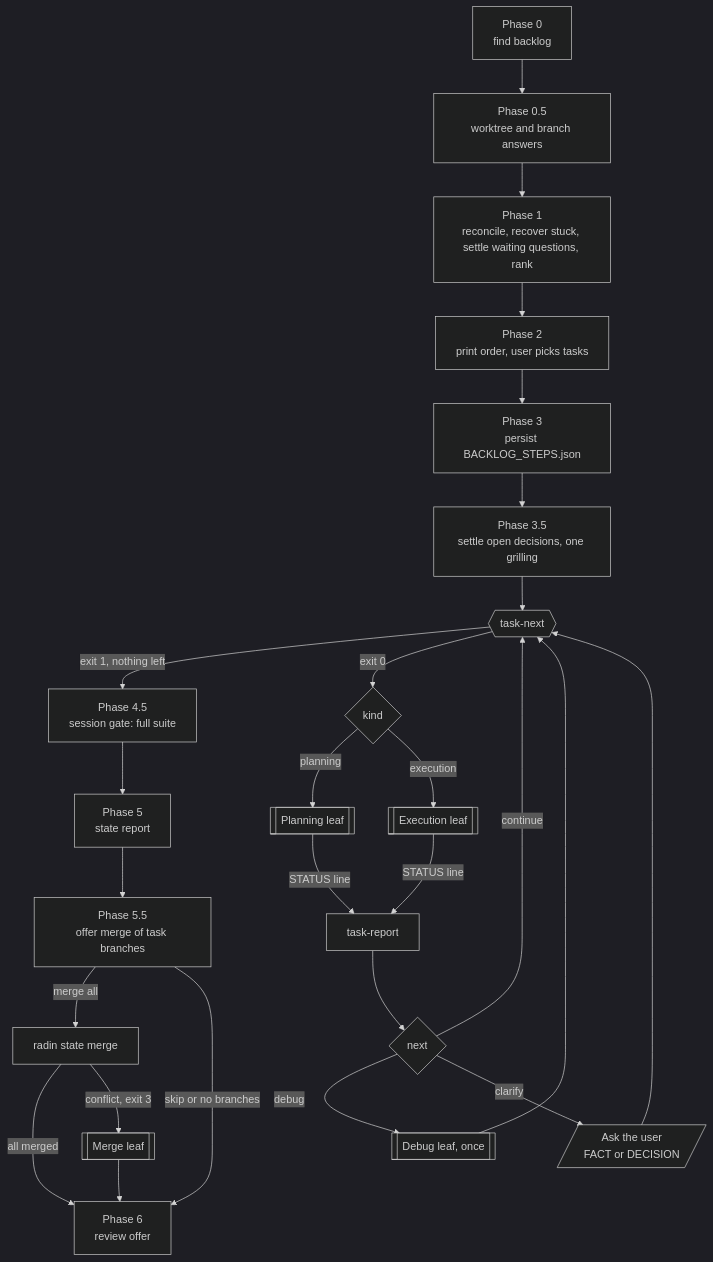
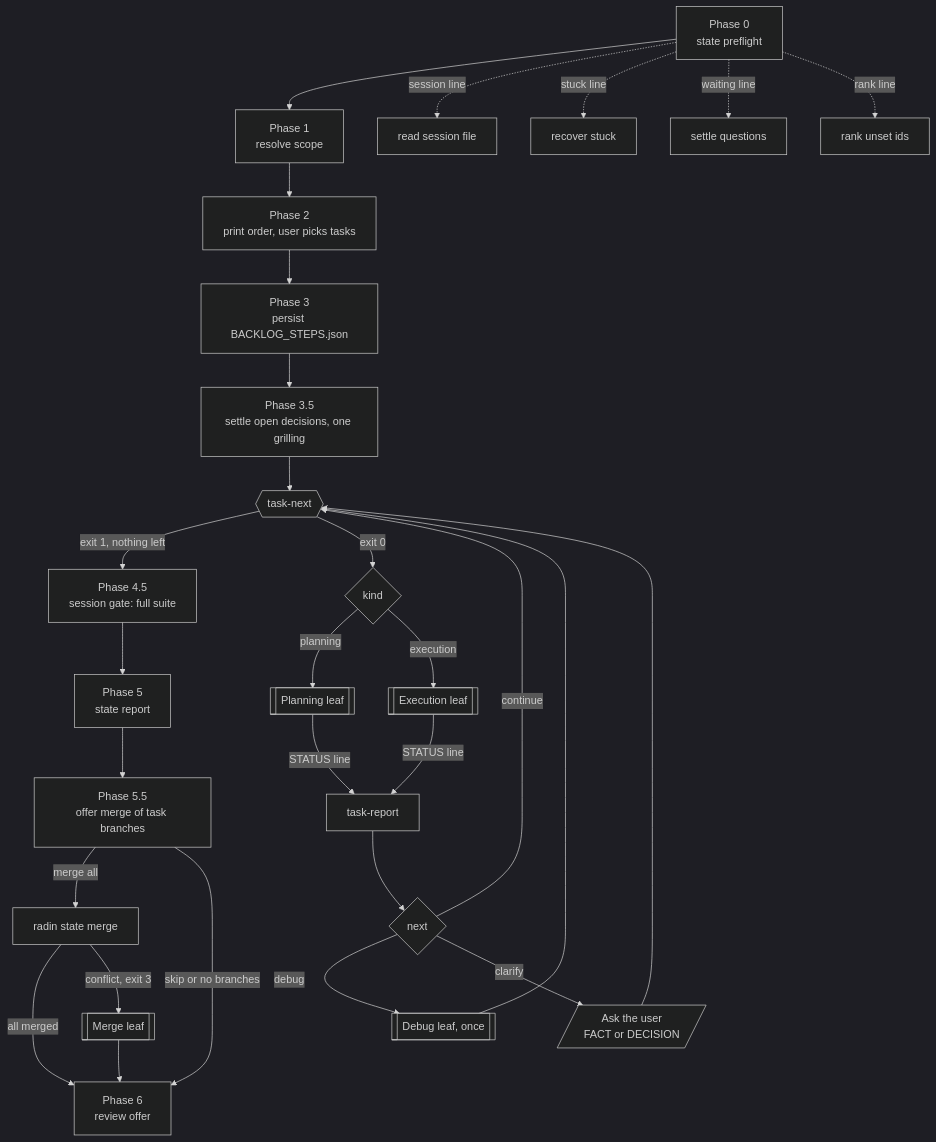
One commit to shortcuts/radin changed the diagram in docs/lifecycle/router-loop.mmd. Above: the diagram before and after it, drawn with Mermaid (dark theme). The commit also changed 9 other files, not shown here.

```diff
--- a/docs/lifecycle/router-loop.mmd
+++ b/docs/lifecycle/router-loop.mmd
@@ -1,26 +1,29 @@
 flowchart TD
-  p0[Phase 0<br/>find backlog] --> p05[Phase 0.5<br/>worktree and branch answers]
-  p05 --> p1[Phase 1<br/>reconcile, recover stuck, settle waiting questions, rank]
+  p0[Phase 0<br/>state preflight] --> p1[Phase 1<br/>resolve scope]
+  p0 -. session line .-> note1[read session file]
+  p0 -. stuck line .-> note2[recover stuck]
+  p0 -. waiting line .-> note3[settle questions]
+  p0 -. rank line .-> note4[rank unset ids]
   p1 --> p2[Phase 2<br/>print order, user picks tasks]
   p2 --> p3[Phase 3<br/>persist BACKLOG_STEPS.json]
   p3 --> p35[Phase 3.5<br/>settle open decisions, one grilling]
   p35 --> next{{task-next}}
   next -- exit 1, nothing left --> p45[Phase 4.5<br/>session gate: full suite]
   next -- exit 0 --> kind{kind}
   kind -- planning --> leafP[[Planning leaf]]
   kind -- execution --> leafE[[Execution leaf]]
   leafE -- STATUS line --> report[task-report]
   leafP -- STATUS line --> report
   report --> route{next}
   route -- continue --> next
   route -- debug --> debug[[Debug leaf, once]]
   debug --> next
   route -- clarify --> user[/Ask the user<br/>FACT or DECISION/]
   user --> next
   p45 --> p5[Phase 5<br/>state report]
   p5 --> p55[Phase 5.5<br/>offer merge of task branches]
   p55 -- merge all --> mergeCli[radin state merge]
   mergeCli -- all merged --> p6
   mergeCli -- conflict, exit 3 --> leafM[[Merge leaf]]
   p55 -- skip or no branches --> p6
   leafM --> p6[Phase 6<br/>review offer]
```
